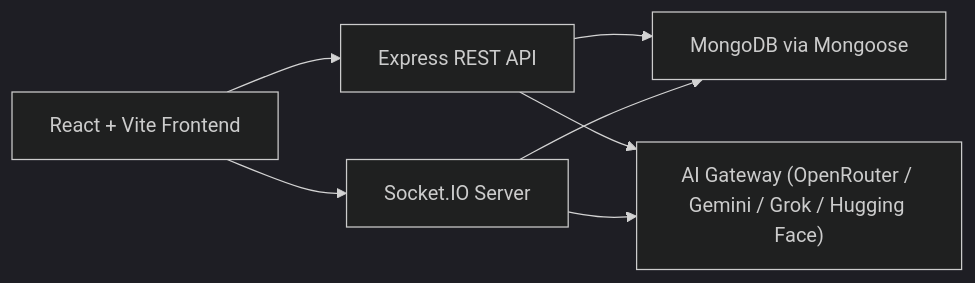
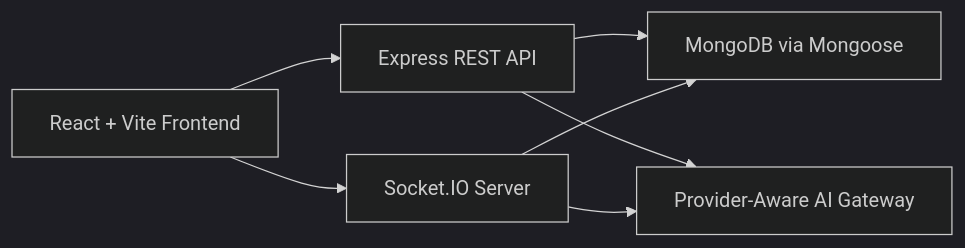
Before and after one commit to Ganesh172919/ChatSphere: the diagram in ARCHITECTURE.md, drawn with Mermaid (dark theme). The commit also changed other lines of this file and 24 other files, not shown here.

````diff
--- a/ARCHITECTURE.md
+++ b/ARCHITECTURE.md
@@ -5,9 +5,9 @@
 ```mermaid
 flowchart LR
   UI["React + Vite Frontend"] --> API["Express REST API"]
   UI --> WS["Socket.IO Server"]
   API --> DB["MongoDB via Mongoose"]
   WS --> DB
-  API --> AI["AI Gateway (OpenRouter / Gemini / Grok / Hugging Face)"]
+  API --> AI["Provider-Aware AI Gateway"]
   WS --> AI
 ```
````
